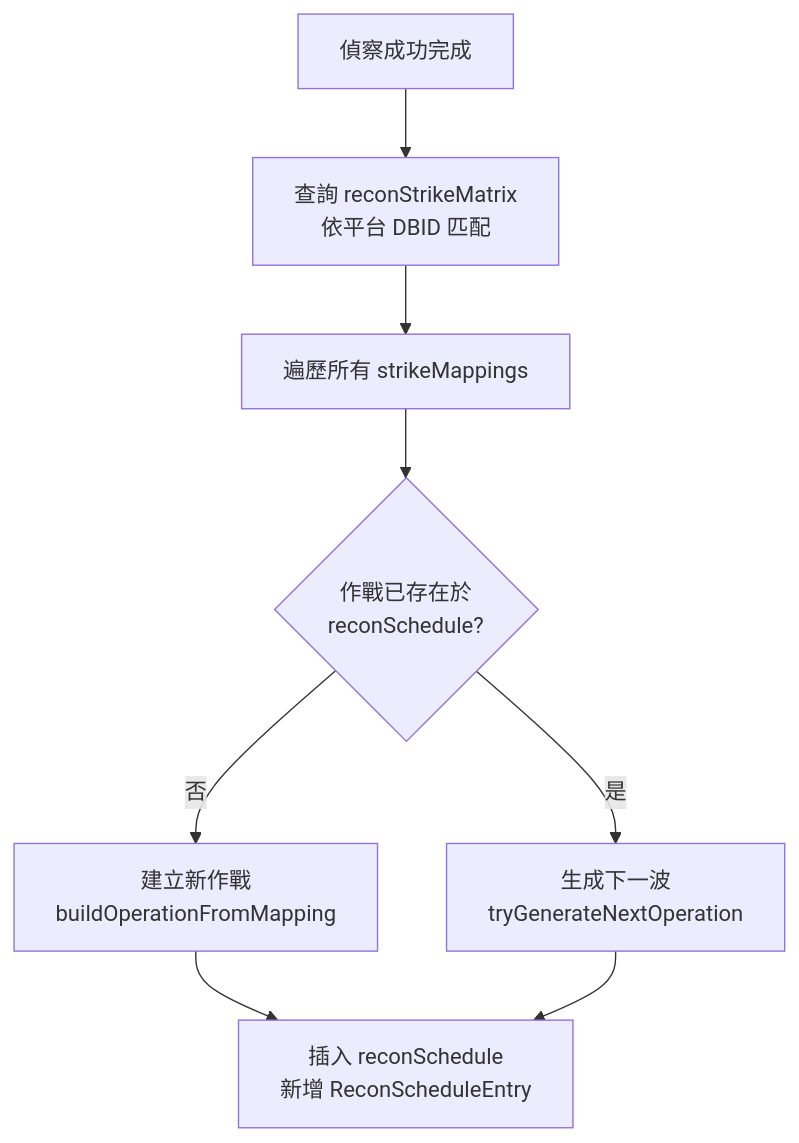
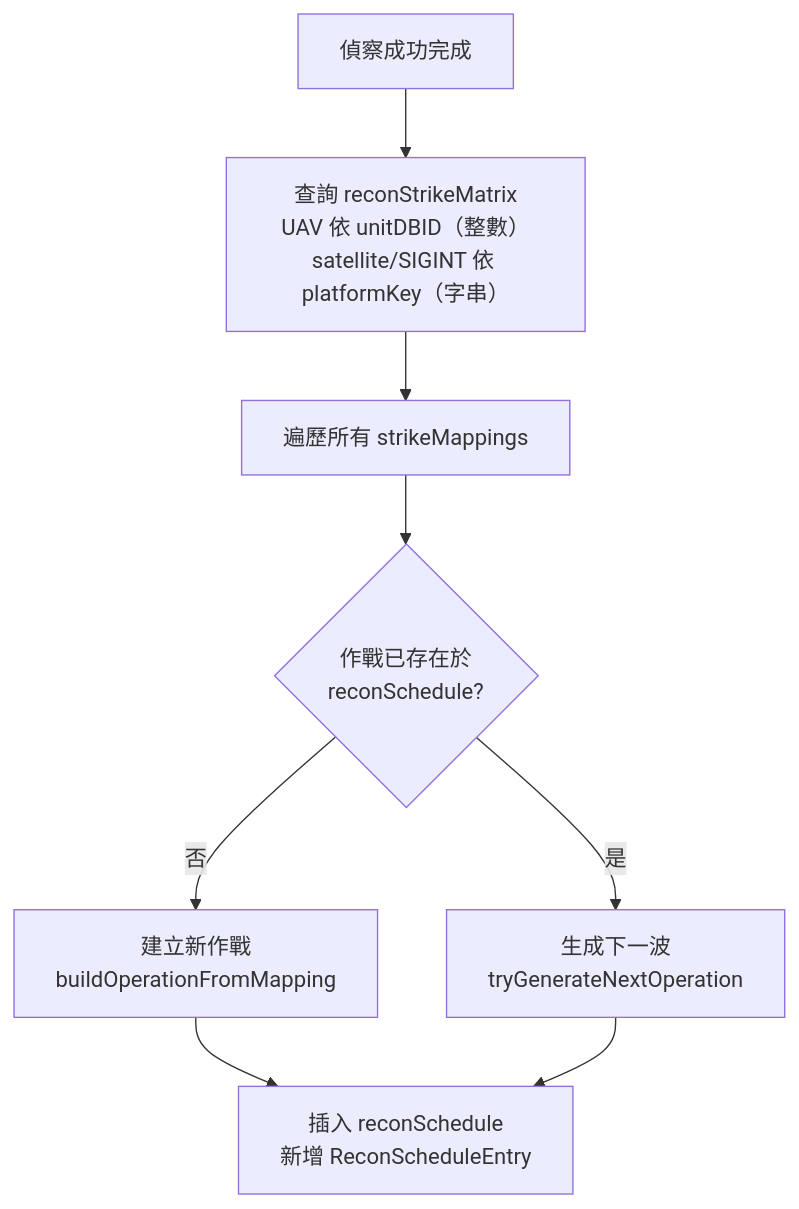
Before and after one commit to pullupjumper/formosa-in-flames: the second of 2 diagrams in docs/strikePlanner/recon.md, drawn with Mermaid. The commit also changed other lines of this file and 5 other files, not shown here.

First line of the commit message:
docs(modules): document fire-support hold gate and recon matrix refactor

````diff
--- a/docs/strikePlanner/recon.md
+++ b/docs/strikePlanner/recon.md
@@ -72,18 +73,18 @@
 ```mermaid
 flowchart TD
     RECON_OK["偵察成功完成"]
-    MATRIX["查詢 reconStrikeMatrix<br>依平台 DBID 匹配"]
+    MATRIX["查詢 reconStrikeMatrix<br>UAV 依 unitDBID（整數）<br>satellite/SIGINT 依 platformKey（字串）"]
     LOOP["遍歷所有 strikeMappings"]
     CHECK{"作戰已存在於<br>reconSchedule?"}
     NEW["建立新作戰<br>buildOperationFromMapping"]
     NEXT["生成下一波<br>tryGenerateNextOperation"]
     INSERT["插入 reconSchedule<br>新增 ReconScheduleEntry"]
 
     RECON_OK --> MATRIX
     MATRIX --> LOOP
     LOOP --> CHECK
     CHECK -->|否| NEW
     CHECK -->|是| NEXT
     NEW --> INSERT
     NEXT --> INSERT
 ```
````
